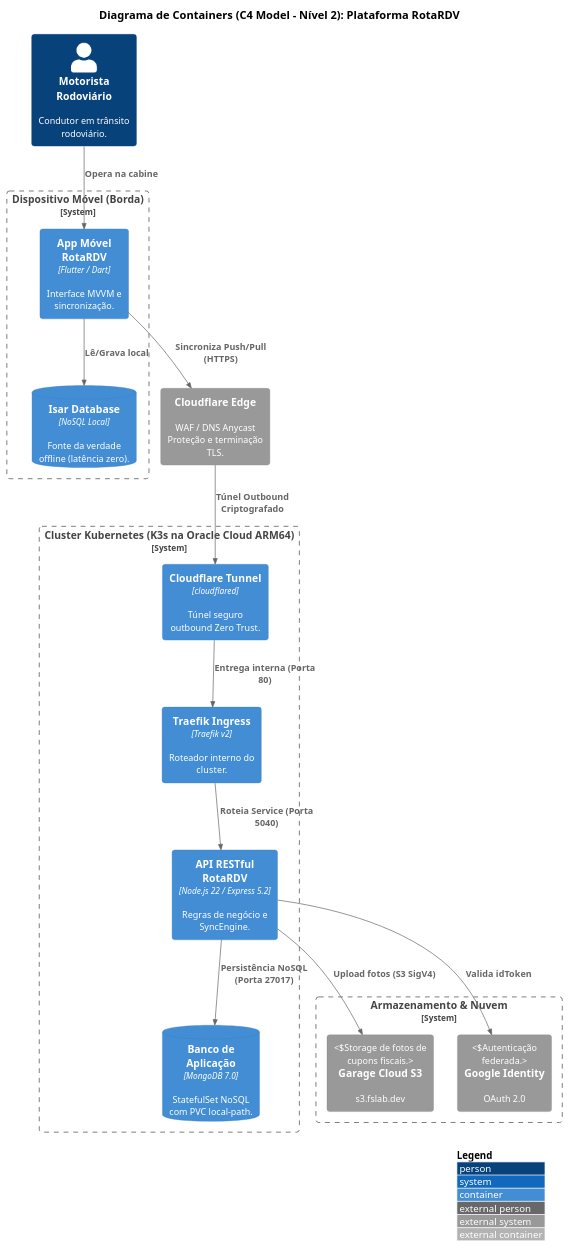
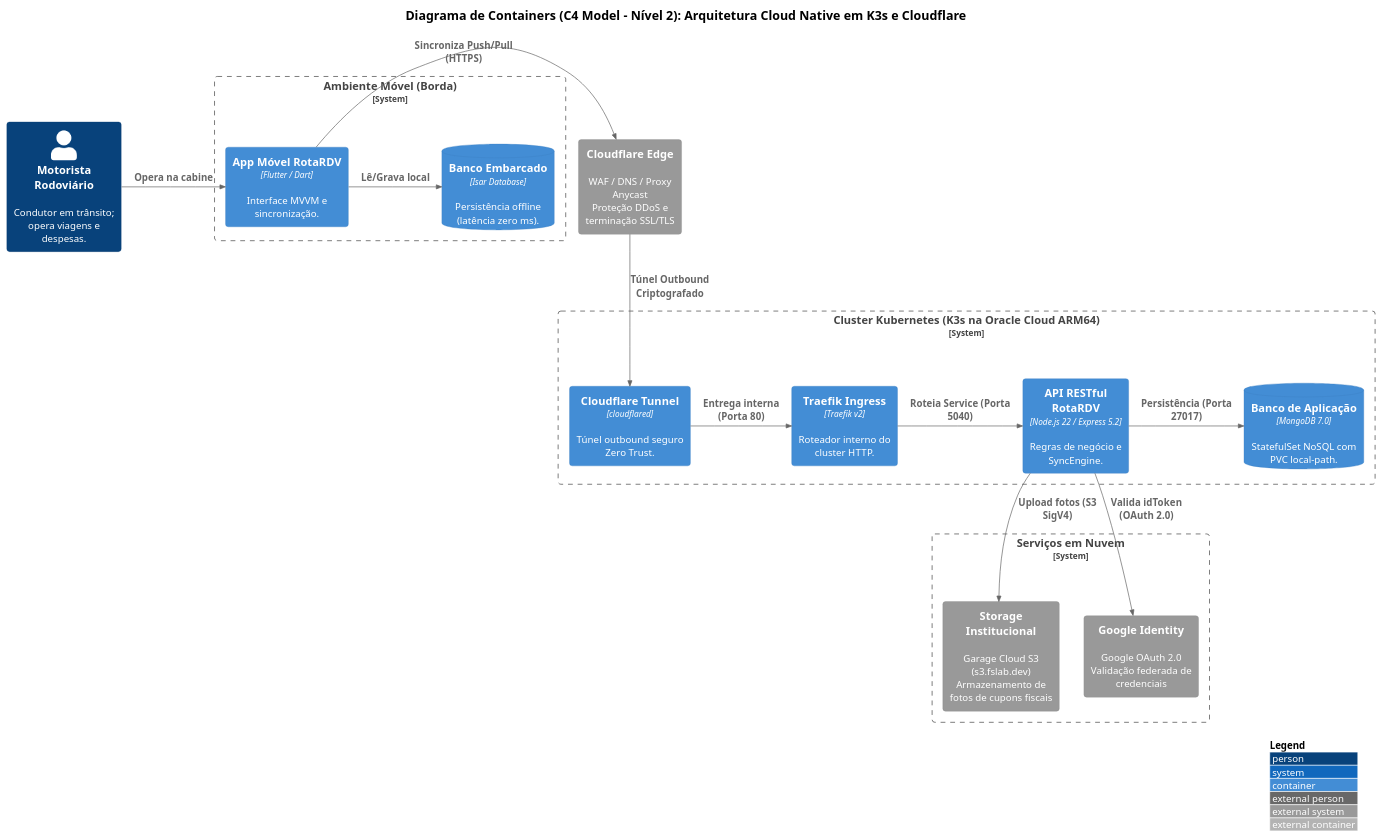
One commit to Luisdevux/RotaRDV-API changed the diagram in documentacao/diagramas/containers/diagrama_containers_artigo.puml. Above: the diagram before and after it, drawn with PlantUML. The commit also changed 19 other files, not shown here.

Commit message:
docs(Diagrmas): Corrige alguns pontos nos diagramas para refletir corretamente a implementação

```diff
--- a/documentacao/diagramas/containers/diagrama_containers_artigo.puml
+++ b/documentacao/diagramas/containers/diagrama_containers_artigo.puml
@@ -1,51 +1,53 @@
 @startuml
 !include <C4/C4_Container>
 
 skinparam defaultFontName Arial
-skinparam defaultFontSize 13
-skinparam TitleFontSize 16
+skinparam defaultFontSize 14
+skinparam TitleFontSize 18
 skinparam roundCorner 8
 skinparam shadowing false
-skinparam wrapWidth 140
+skinparam wrapWidth 160
 
 LAYOUT_WITH_LEGEND()
 
-title **Diagrama de Containers (C4 Model - Nível 2): Plataforma RotaRDV**
+title **Diagrama de Containers (C4 Model - Nível 2): Arquitetura Cloud Native em K3s e Cloudflare**
 
-Person(motorista, "Motorista Rodoviário", "Condutor em trânsito rodoviário.")
+Person(motorista, "Motorista Rodoviário", "Condutor em trânsito; opera viagens e despesas.")
 
-System_Boundary(c_client, "Dispositivo Móvel (Borda)") {
+System_Boundary(c_client, "Ambiente Móvel (Borda)") {
     Container(mobile_app, "App Móvel RotaRDV", "Flutter / Dart", "Interface MVVM e sincronização.")
-    ContainerDb(isar_db, "Isar Database", "NoSQL Local", "Fonte da verdade offline (latência zero).")
+    ContainerDb(isar_db, "Banco Embarcado", "Isar Database", "Persistência offline (latência zero ms).")
 }
 
-System_Ext(cf_edge, "Cloudflare Edge", "WAF / DNS Anycast\nProteção e terminação TLS.")
+System_Ext(cf_edge, "Cloudflare Edge", "WAF / DNS / Proxy Anycast\nProteção DDoS e terminação SSL/TLS")
 
 System_Boundary(c_k3s, "Cluster Kubernetes (K3s na Oracle Cloud ARM64)") {
-    Container(cf_tunnel, "Cloudflare Tunnel", "cloudflared", "Túnel seguro outbound Zero Trust.")
-    Container(traefik, "Traefik Ingress", "Traefik v2", "Roteador interno do cluster.")
+    Container(cf_tunnel, "Cloudflare Tunnel", "cloudflared", "Túnel outbound seguro Zero Trust.")
+    Container(traefik, "Traefik Ingress", "Traefik v2", "Roteador interno do cluster HTTP.")
     Container(backend_api, "API RESTful RotaRDV", "Node.js 22 / Express 5.2", "Regras de negócio e SyncEngine.")
     ContainerDb(mongodb, "Banco de Aplicação", "MongoDB 7.0", "StatefulSet NoSQL com PVC local-path.")
 }
 
-System_Boundary(c_externos, "Armazenamento & Nuvem") {
-    System_Ext(garage_s3, "Garage Cloud S3", "s3.fslab.dev", "Storage de fotos de cupons fiscais.")
-    System_Ext(google_auth, "Google Identity", "OAuth 2.0", "Autenticação federada.")
+System_Boundary(c_externos, "Serviços em Nuvem") {
+    System_Ext(garage_s3, "Storage Institucional", "Garage Cloud S3 (s3.fslab.dev)\nArmazenamento de fotos de cupons fiscais")
+    System_Ext(google_auth, "Google Identity", "Google OAuth 2.0\nValidação federada de credenciais")
 }
 
-' Nível Superior: Cliente Móvel
-Rel(motorista, mobile_app, "Opera na cabine")
-Rel(mobile_app, isar_db, "Lê/Grava local")
-Rel(mobile_app, cf_edge, "Sincroniza Push/Pull (HTTPS)")
+' Linha 1: Cliente Móvel e Borda (Horizontal)
+Rel_Right(motorista, mobile_app, "Opera na cabine")
+Rel_Right(mobile_app, isar_db, "Lê/Grava local")
+Rel_Right(mobile_app, cf_edge, "Sincroniza Push/Pull (HTTPS)")
 
-' Intermediação de Borda
-Rel(cf_edge, cf_tunnel, "Túnel Outbound Criptografado")
-Rel(cf_tunnel, traefik, "Entrega interna (Porta 80)")
+' Transição de Borda para o Cluster K3s (Descida Única)
+Rel_Down(cf_edge, cf_tunnel, "Túnel Outbound Criptografado")
 
-' Nível Inferior: Cluster e Serviços
-Rel(traefik, backend_api, "Roteia Service (Porta 5040)")
-Rel(backend_api, mongodb, "Persistência NoSQL (Porta 27017)")
-Rel(backend_api, garage_s3, "Upload fotos (S3 SigV4)")
-Rel(backend_api, google_auth, "Valida idToken")
+' Linha 2: Cluster K3s e Persistência (Horizontal)
+Rel_Right(cf_tunnel, traefik, "Entrega interna (Porta 80)")
+Rel_Right(traefik, backend_api, "Roteia Service (Porta 5040)")
+Rel_Right(backend_api, mongodb, "Persistência (Porta 27017)")
+
+' Conexões para Serviços Externos
+Rel_Down(backend_api, garage_s3, "Upload fotos (S3 SigV4)")
+Rel_Down(backend_api, google_auth, "Valida idToken (OAuth 2.0)")
 
 @enduml
```
